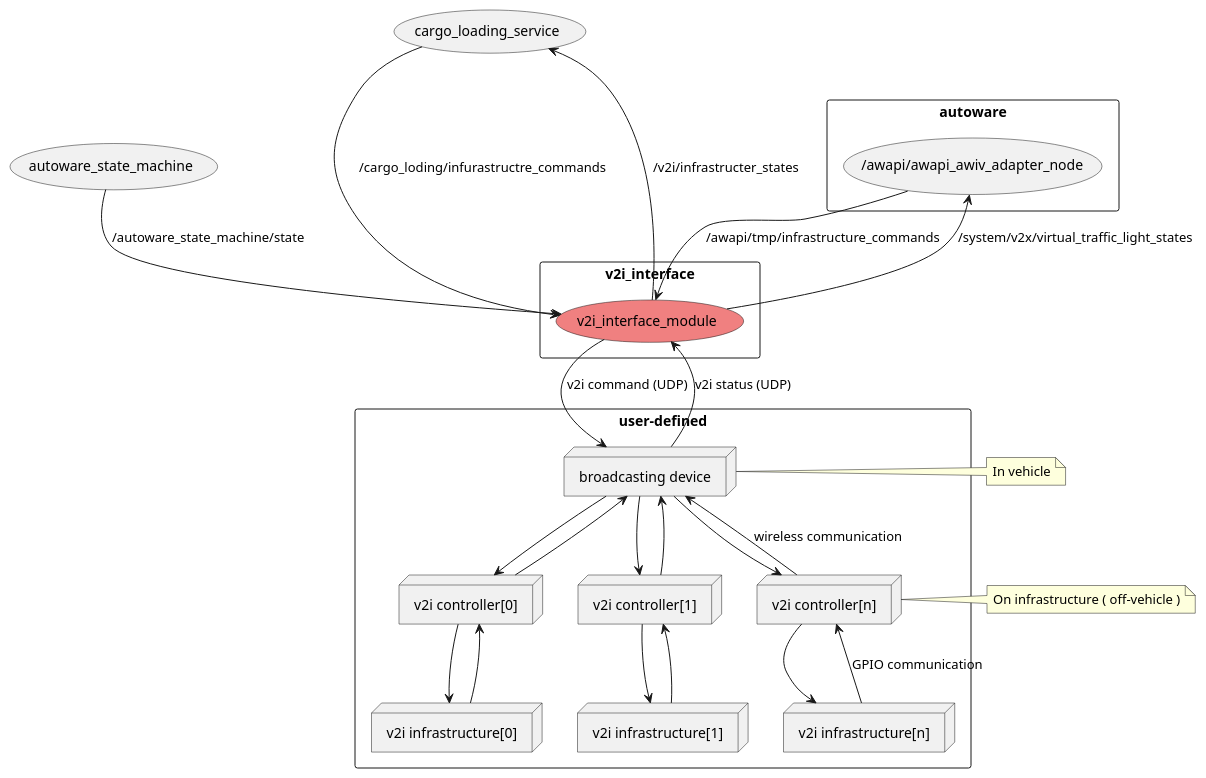
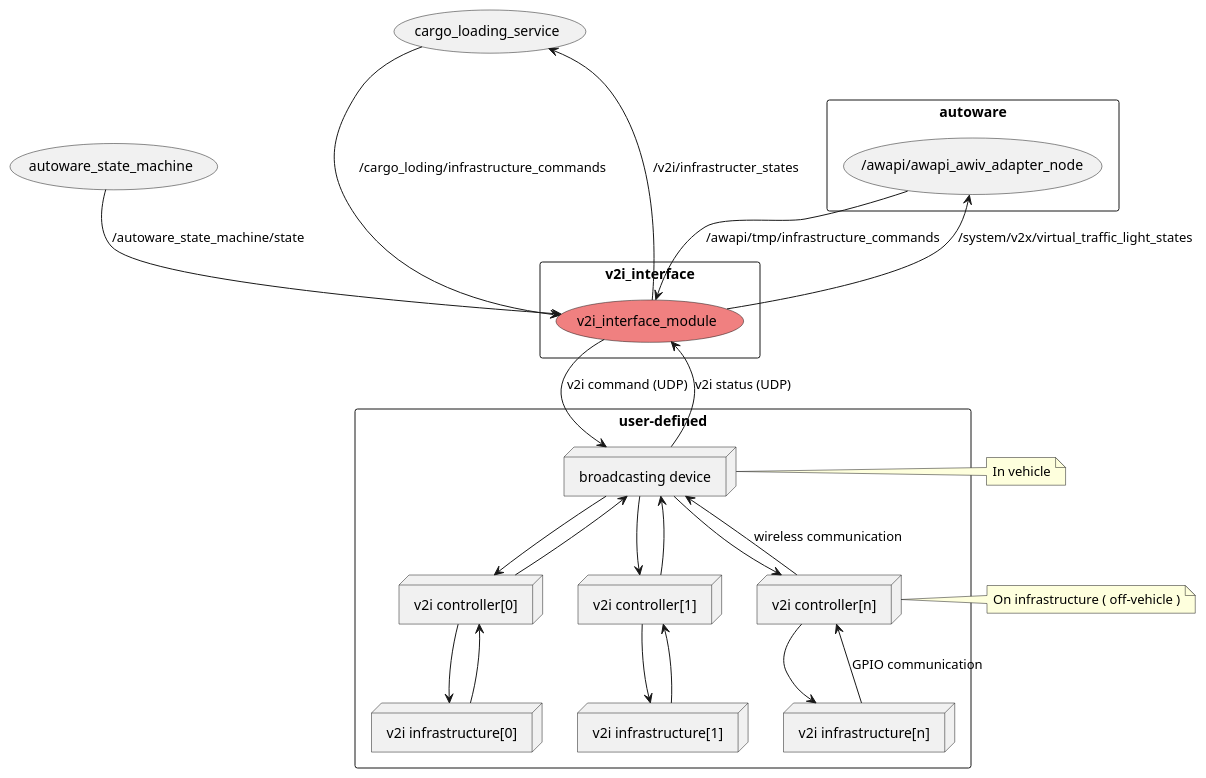
Before and after one commit to sfukuta/v2i_interface: the diagram in docs/node_graph.pu, drawn with PlantUML.

```diff
--- a/docs/node_graph.pu
+++ b/docs/node_graph.pu
@@ -1,48 +1,48 @@
 @startuml
 
 rectangle autoware {
   usecase "/awapi/awapi_awiv_adapter_node"
 }
 usecase "autoware_state_machine"
 rectangle "v2i_interface" as v2i {
 usecase "v2i_interface_module" #LightCoral
 } 
 rectangle user-defined {
   node "broadcasting device"
   node "v2i controller[0]" as v2ictl_0
   node "v2i controller[1]" as v2ictl_1
   node "v2i controller[n]" as v2ictl_n
   node "v2i infrastructure[0]" as v2ihw_0
   node "v2i infrastructure[1]" as v2ihw_1
   node "v2i infrastructure[n]" as v2ihw_n
 }
 usecase "cargo_loading_service"
 
 (/awapi/awapi_awiv_adapter_node) --> (v2i_interface_module) : /awapi/tmp/infrastructure_commands
 (/awapi/awapi_awiv_adapter_node) <-- (v2i_interface_module) : /system/v2x/virtual_traffic_light_states
 (autoware_state_machine) --> (v2i_interface_module) : /autoware_state_machine/state
-(cargo_loading_service) ---> (v2i_interface_module) : /cargo_loding/infurastructre_commands
+(cargo_loading_service) ---> (v2i_interface_module) : /cargo_loding/infrastructure_commands
 (cargo_loading_service) <-- (v2i_interface_module) :/v2i/infrastructer_states
 (v2i_interface_module) --> (broadcasting device) : v2i command (UDP)
 (v2i_interface_module) <-- (broadcasting device) : v2i status (UDP)
 (broadcasting device) --> (v2ictl_0)
 (broadcasting device) <-- (v2ictl_0)
 (broadcasting device) --> (v2ictl_1)
 (broadcasting device) <-- (v2ictl_1)
 (broadcasting device) --> (v2ictl_n)
 (broadcasting device) <-- (v2ictl_n) : wireless communication
 
 (v2ictl_0) -[hidden] (v2ictl_1)
 (v2ictl_1) -[hidden] (v2ictl_n)
 
 (v2ictl_0) --> (v2ihw_0)
 (v2ictl_0) <-- (v2ihw_0)
 (v2ictl_1) --> (v2ihw_1)
 (v2ictl_1) <-- (v2ihw_1)
 (v2ictl_n) --> (v2ihw_n)
 (v2ictl_n) <-- (v2ihw_n) : GPIO communication
 
 note right of "broadcasting device" : In vehicle
 note right of v2ictl_n : On infrastructure ( off-vehicle )
 
 @enduml
```
